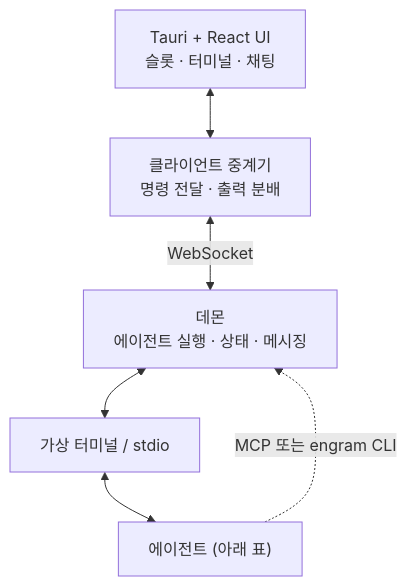
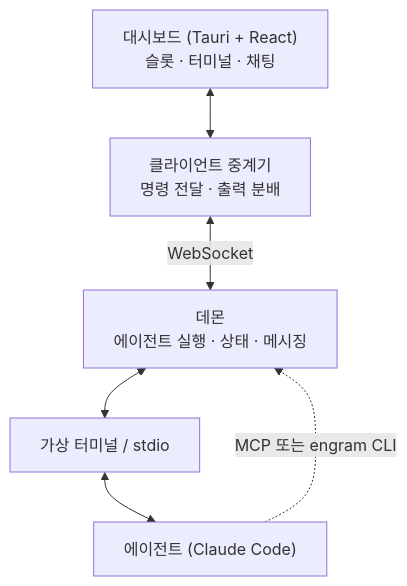
Before and after one commit to kimsunzun/engram-dashboard: the first of 2 diagrams in README.md, drawn with Mermaid. The commit also changed other lines of this file, not shown here.

````diff
--- a/README.md
+++ b/README.md
@@ -65,14 +86,14 @@
 ```mermaid
 graph TB
-    UI["Tauri + React UI<br/>슬롯 · 터미널 · 채팅"]
+    UI["대시보드 (Tauri + React)<br/>슬롯 · 터미널 · 채팅"]
     Client["클라이언트 중계기<br/>명령 전달 · 출력 분배"]
     Daemon["데몬<br/>에이전트 실행 · 상태 · 메시징"]
     PTY["가상 터미널 / stdio"]
-    Agent["에이전트 (아래 표)"]
+    Agent["에이전트 (Claude Code)"]
 
     UI <--> Client
     Client <-->|WebSocket| Daemon
     Daemon <--> PTY
     PTY <--> Agent
     Agent -.->|MCP 또는 engram CLI| Daemon
 ```
````
